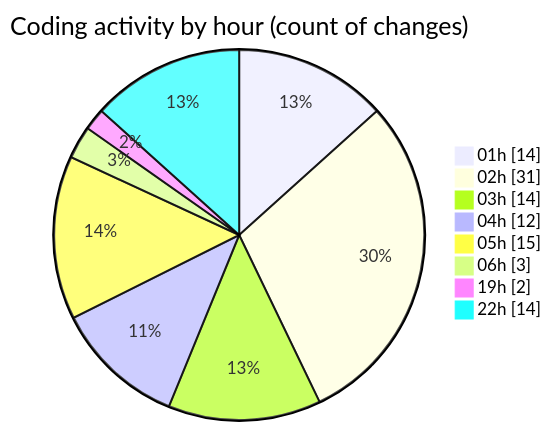
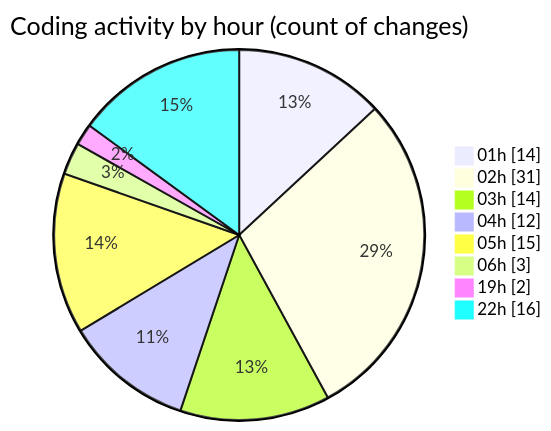
One commit to jrari/code-tracking changed the second of 2 diagrams in 2025-07-13/telebot/README.md. Above: the diagram before and after it, drawn with Mermaid. The commit also changed other lines of this file and 1 other file, not shown here.

````diff
--- a/2025-07-13/telebot/README.md
+++ b/2025-07-13/telebot/README.md
@@ -72,12 +73,12 @@
 ```mermaid
 pie showData
 title Coding activity by hour (count of changes)
 "01h" : 14
 "02h" : 31
 "03h" : 14
 "04h" : 12
 "05h" : 15
 "06h" : 3
 "19h" : 2
-"22h" : 14
+"22h" : 16
 ```
````
